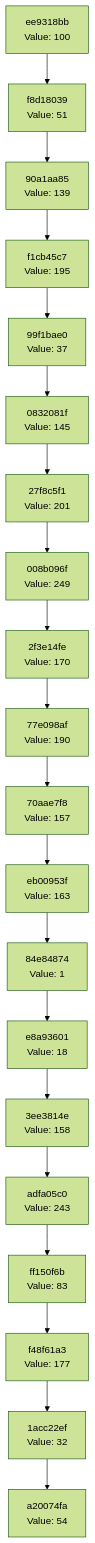
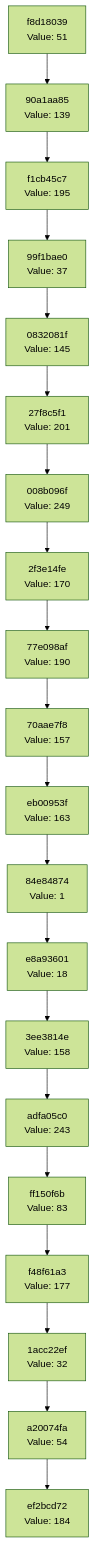
The diagram in docs/CHAIN_VISUALIZATION.md (Abhisheksinha1506/hash-chain-evolver), drawn with Mermaid (forest theme) before and after one commit. The commit also changed 2 other files, not shown here.

Commit message:
Evolution Step

````diff
--- a/docs/CHAIN_VISUALIZATION.md
+++ b/docs/CHAIN_VISUALIZATION.md
@@ -3,42 +3,42 @@
 ```mermaid
 graph TD
-    C0["a20074fa<br/>Value: 54"]
-    C1["1acc22ef<br/>Value: 32"]
+    C0["ef2bcd72<br/>Value: 184"]
+    C1["a20074fa<br/>Value: 54"]
     C1 --> C0
-    C2["f48f61a3<br/>Value: 177"]
+    C2["1acc22ef<br/>Value: 32"]
     C2 --> C1
-    C3["ff150f6b<br/>Value: 83"]
+    C3["f48f61a3<br/>Value: 177"]
     C3 --> C2
-    C4["adfa05c0<br/>Value: 243"]
+    C4["ff150f6b<br/>Value: 83"]
     C4 --> C3
-    C5["3ee3814e<br/>Value: 158"]
+    C5["adfa05c0<br/>Value: 243"]
     C5 --> C4
-    C6["e8a93601<br/>Value: 18"]
+    C6["3ee3814e<br/>Value: 158"]
     C6 --> C5
-    C7["84e84874<br/>Value: 1"]
+    C7["e8a93601<br/>Value: 18"]
     C7 --> C6
-    C8["eb00953f<br/>Value: 163"]
+    C8["84e84874<br/>Value: 1"]
     C8 --> C7
-    C9["70aae7f8<br/>Value: 157"]
+    C9["eb00953f<br/>Value: 163"]
     C9 --> C8
-    C10["77e098af<br/>Value: 190"]
+    C10["70aae7f8<br/>Value: 157"]
     C10 --> C9
-    C11["2f3e14fe<br/>Value: 170"]
+    C11["77e098af<br/>Value: 190"]
     C11 --> C10
-    C12["008b096f<br/>Value: 249"]
+    C12["2f3e14fe<br/>Value: 170"]
     C12 --> C11
-    C13["27f8c5f1<br/>Value: 201"]
+    C13["008b096f<br/>Value: 249"]
     C13 --> C12
-    C14["0832081f<br/>Value: 145"]
+    C14["27f8c5f1<br/>Value: 201"]
     C14 --> C13
-    C15["99f1bae0<br/>Value: 37"]
+    C15["0832081f<br/>Value: 145"]
     C15 --> C14
-    C16["f1cb45c7<br/>Value: 195"]
+    C16["99f1bae0<br/>Value: 37"]
     C16 --> C15
-    C17["90a1aa85<br/>Value: 139"]
+    C17["f1cb45c7<br/>Value: 195"]
     C17 --> C16
-    C18["f8d18039<br/>Value: 51"]
+    C18["90a1aa85<br/>Value: 139"]
     C18 --> C17
-    C19["ee9318bb<br/>Value: 100"]
+    C19["f8d18039<br/>Value: 51"]
     C19 --> C18
 ```
````
